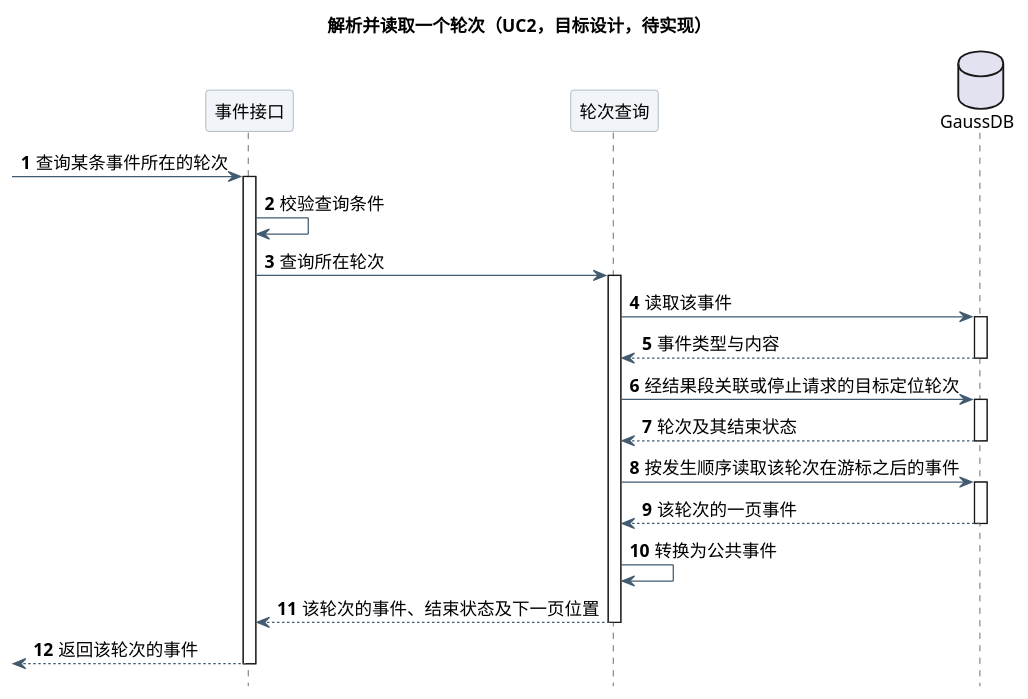
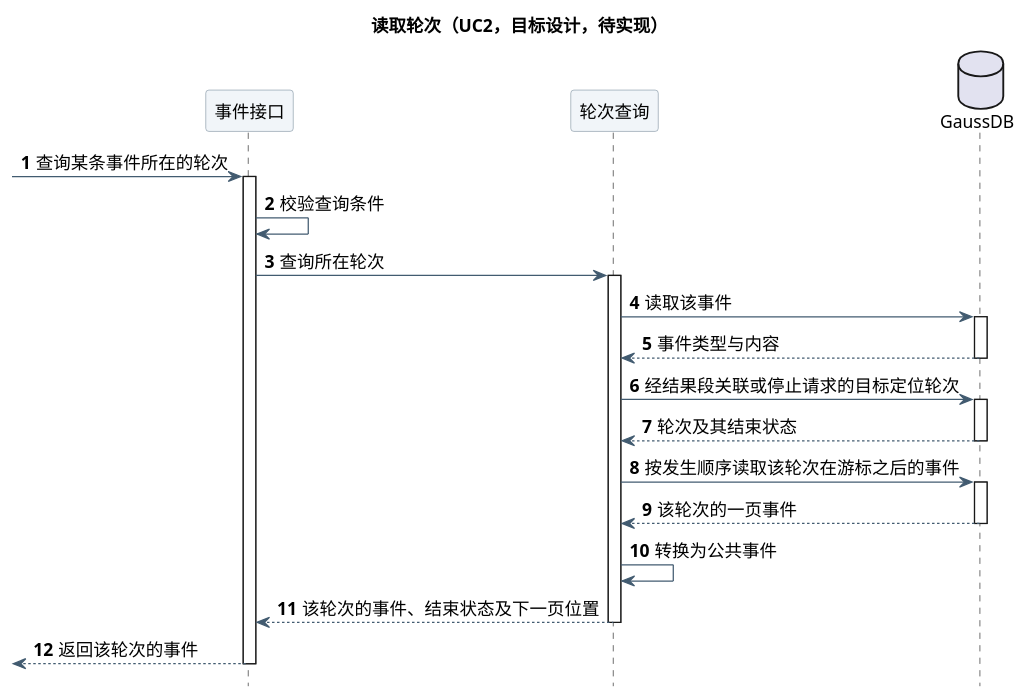
The second of 3 diagrams in 01-总体架构/01-CampusClaw多Agent运行时/设计图/Agent用户事件查询/diagram.puml (ssm0808/pi-mono-java-design), drawn with PlantUML before and after one commit. The commit also changed 3 other files, not shown here.

```diff
--- a/01-总体架构/01-CampusClaw多Agent运行时/设计图/Agent用户事件查询/diagram.puml
+++ b/01-总体架构/01-CampusClaw多Agent运行时/设计图/Agent用户事件查询/diagram.puml
@@ -54,48 +54,48 @@
 @startuml event_turn_resolution
 ' 源码证据：pi-mono-java main 769e86592285f4a25b0febaf551eddea6bc7212c
 ' modules/coding-agent-cli/src/main/java/com/campusclaw/codingagent/runtimeapi/
 ' persistence/RuntimeExecutionPersistenceService.java:acceptMessage,acceptInterrupt,appendEntry
 ' persistence/MyBatisRuntimeExecutionControlRepository.java:linkCommittedEvent,appendToSegment,markTerminal
 ' event/RuntimeCompactionEventProjector.java:persistCompaction
 ' modules/coding-agent-cli/src/main/resources/mapper/session/RuntimeSessionMapper.xml:findCommittedEvent
 ' 已观察行为：user.message、续跑、Agent 输出和 idle 都关联到结果段；
 ' user.interrupt 只保存 targetEventId；执行内自动压缩尚未关联。
 ' 设计原因：复用根执行作为轮次身份，不新增轮次表。
 skinparam backgroundColor white
 skinparam defaultFontName SansSerif
 skinparam defaultFontSize 14
 skinparam shadowing false
 skinparam ArrowColor #425B70
 skinparam sequenceParticipantBackgroundColor #F1F5F9
 skinparam sequenceParticipantBorderColor #8496A4
 skinparam sequenceMessageAlign left
 skinparam maxMessageSize 190
 hide footbox
 autonumber
-title 解析并读取一个轮次（UC2，目标设计，待实现）
+title 读取轮次（UC2，目标设计，待实现）
 participant "事件接口" as Web
 participant "轮次查询" as Svc
 database "GaussDB" as DB
 [-> Web : 查询某条事件所在的轮次
 activate Web
 Web -> Web : 校验查询条件
 Web -> Svc : 查询所在轮次
 activate Svc
 Svc -> DB : 读取该事件
 activate DB
 DB --> Svc : 事件类型与内容
 deactivate DB
 Svc -> DB : 经结果段关联或停止请求的目标定位轮次
 activate DB
 DB --> Svc : 轮次及其结束状态
 deactivate DB
 Svc -> DB : 按发生顺序读取该轮次在游标之后的事件
 activate DB
 DB --> Svc : 该轮次的一页事件
 deactivate DB
 Svc -> Svc : 转换为公共事件
 Svc --> Web : 该轮次的事件、结束状态及下一页位置
 deactivate Svc
 [<-- Web : 返回该轮次的事件
 deactivate Web
 @enduml
```
